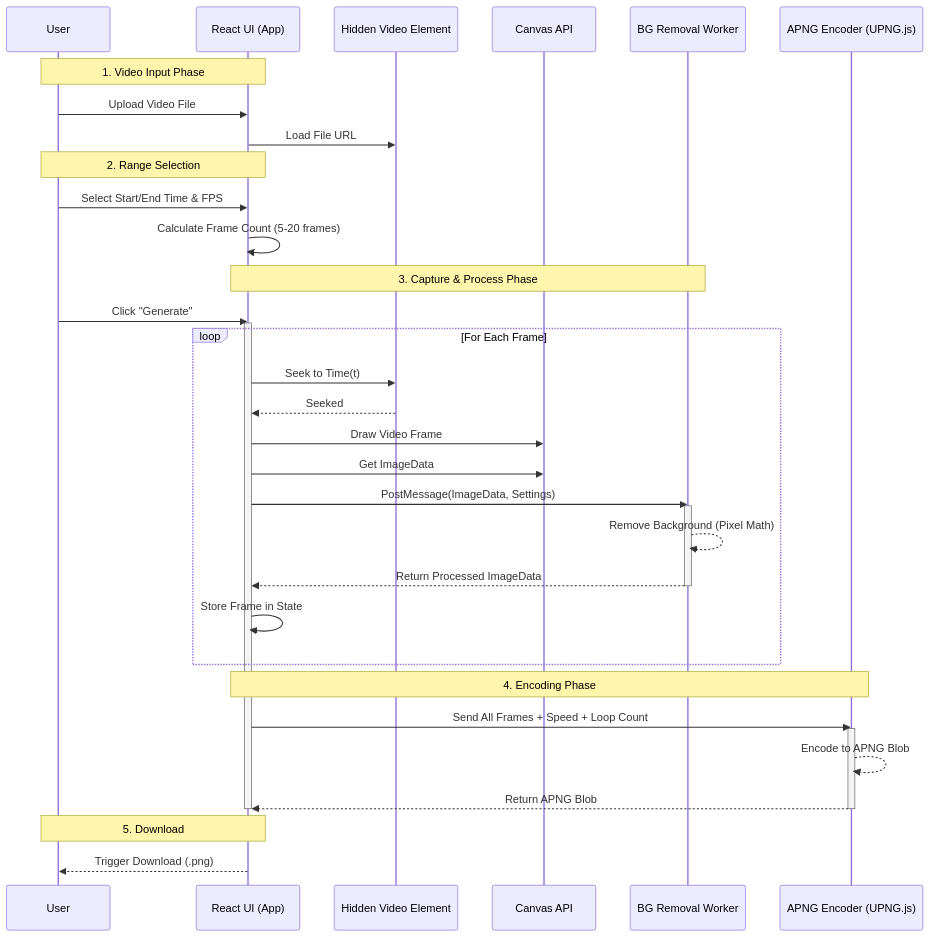
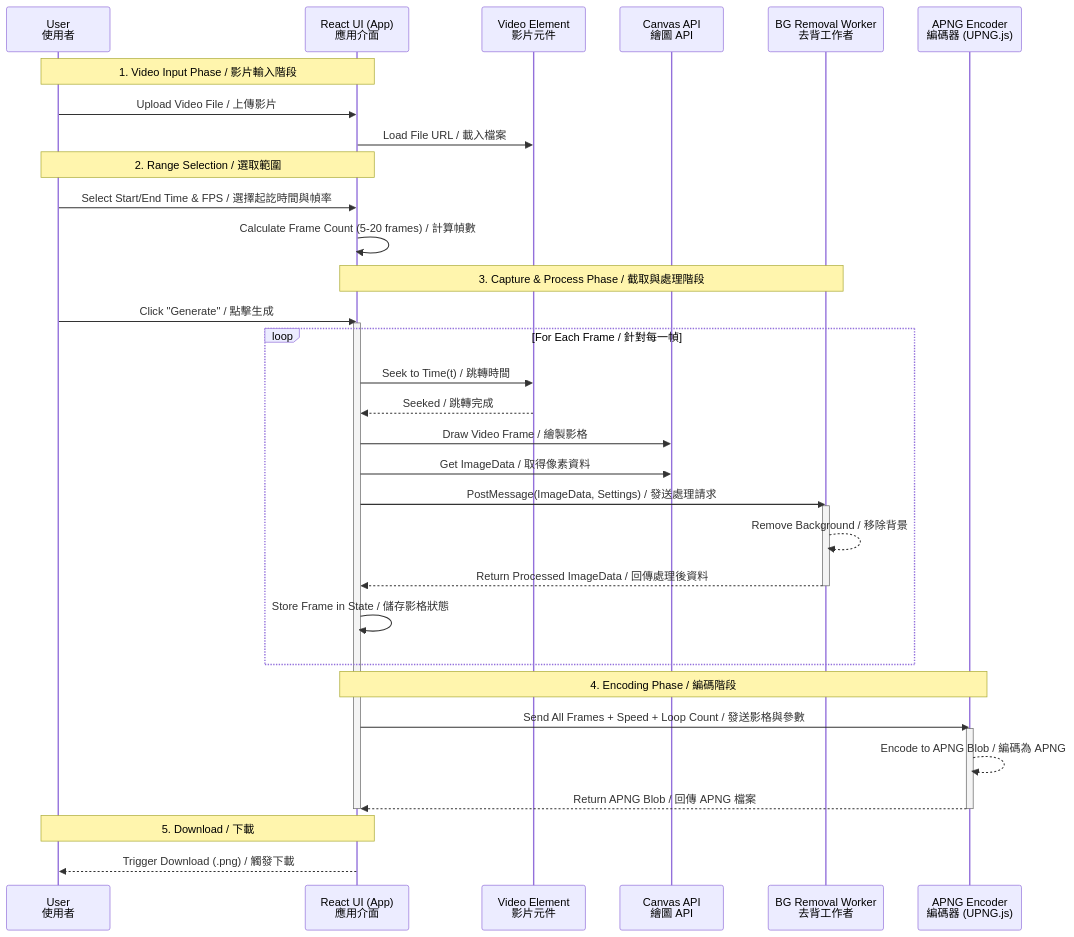
Before and after one commit to casper2323/LineStickerTool: the diagram in _help/implementation_plan_v4.md, drawn with Mermaid.

Commit message:
docs: translate UML to bilingual

````diff
--- a/_help/implementation_plan_v4.md
+++ b/_help/implementation_plan_v4.md
@@ -21,44 +21,44 @@
 ```mermaid
 sequenceDiagram
-    participant User
-    participant UI as React UI (App)
-    participant Video as Hidden Video Element
-    participant Canvas as Canvas API
-    participant Worker as BG Removal Worker
-    participant Encoder as APNG Encoder (UPNG.js)
+    participant User as User<br/>使用者
+    participant UI as React UI (App)<br/>應用介面
+    participant Video as Video Element<br/>影片元件
+    participant Canvas as Canvas API<br/>繪圖 API
+    participant Worker as BG Removal Worker<br/>去背工作者
+    participant Encoder as APNG Encoder<br/>編碼器 (UPNG.js)
 
-    Note over User, UI: 1. Video Input Phase
-    User->>UI: Upload Video File
-    UI->>Video: Load File URL
+    Note over User, UI: 1. Video Input Phase / 影片輸入階段
+    User->>UI: Upload Video File / 上傳影片
+    UI->>Video: Load File URL / 載入檔案
 
-    Note over User, UI: 2. Range Selection
-    User->>UI: Select Start/End Time & FPS
-    UI->>UI: Calculate Frame Count (5-20 frames)
+    Note over User, UI: 2. Range Selection / 選取範圍
+    User->>UI: Select Start/End Time & FPS / 選擇起訖時間與幀率
+    UI->>UI: Calculate Frame Count (5-20 frames) / 計算幀數
 
-    Note over UI, Worker: 3. Capture & Process Phase
-    User->>UI: Click "Generate"
+    Note over UI, Worker: 3. Capture & Process Phase / 截取與處理階段
+    User->>UI: Click "Generate" / 點擊生成
     activate UI
-    loop For Each Frame
-        UI->>Video: Seek to Time(t)
-        Video-->>UI: Seeked
-        UI->>Canvas: Draw Video Frame
-        UI->>Canvas: Get ImageData
-        UI->>Worker: PostMessage(ImageData, Settings)
+    loop For Each Frame / 針對每一幀
+        UI->>Video: Seek to Time(t) / 跳轉時間
+        Video-->>UI: Seeked / 跳轉完成
+        UI->>Canvas: Draw Video Frame / 繪製影格
+        UI->>Canvas: Get ImageData / 取得像素資料
+        UI->>Worker: PostMessage(ImageData, Settings) / 發送處理請求
         activate Worker
-        Worker-->>Worker: Remove Background (Pixel Math)
-        Worker-->>UI: Return Processed ImageData
+        Worker-->>Worker: Remove Background / 移除背景
+        Worker-->>UI: Return Processed ImageData / 回傳處理後資料
         deactivate Worker
-        UI->>UI: Store Frame in State
+        UI->>UI: Store Frame in State / 儲存影格狀態
     end
 
-    Note over UI, Encoder: 4. Encoding Phase
-    UI->>Encoder: Send All Frames + Speed + Loop Count
+    Note over UI, Encoder: 4. Encoding Phase / 編碼階段
+    UI->>Encoder: Send All Frames + Speed + Loop Count / 發送影格與參數
     activate Encoder
-    Encoder-->>Encoder: Encode to APNG Blob
-    Encoder-->>UI: Return APNG Blob
+    Encoder-->>Encoder: Encode to APNG Blob / 編碼為 APNG
+    Encoder-->>UI: Return APNG Blob / 回傳 APNG 檔案
     deactivate Encoder
     deactivate UI
 
-    Note over User, UI: 5. Download
-    UI-->>User: Trigger Download (.png)
+    Note over User, UI: 5. Download / 下載
+    UI-->>User: Trigger Download (.png) / 觸發下載
 ```
````
